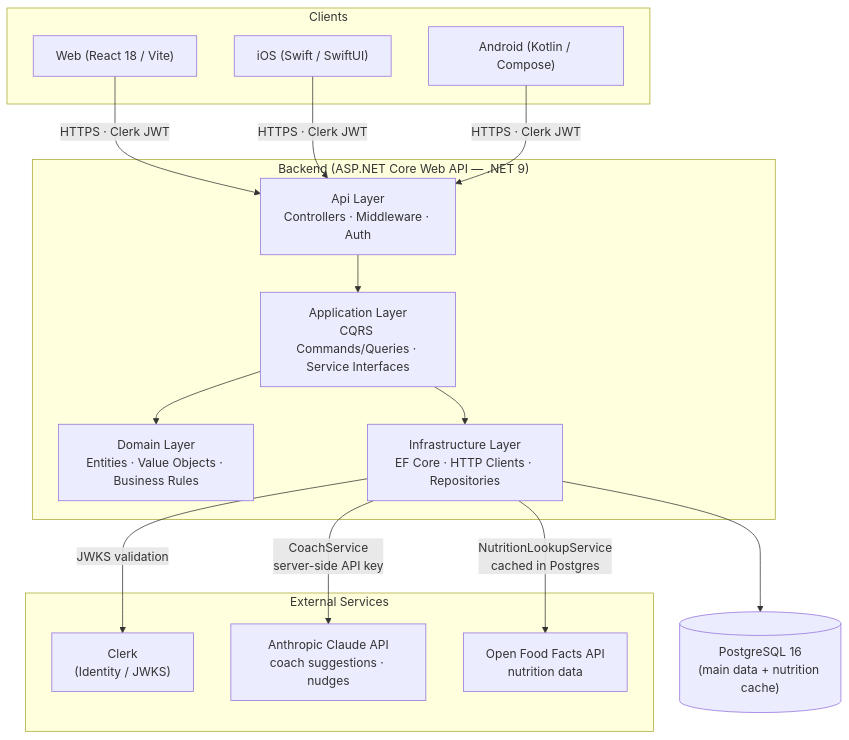
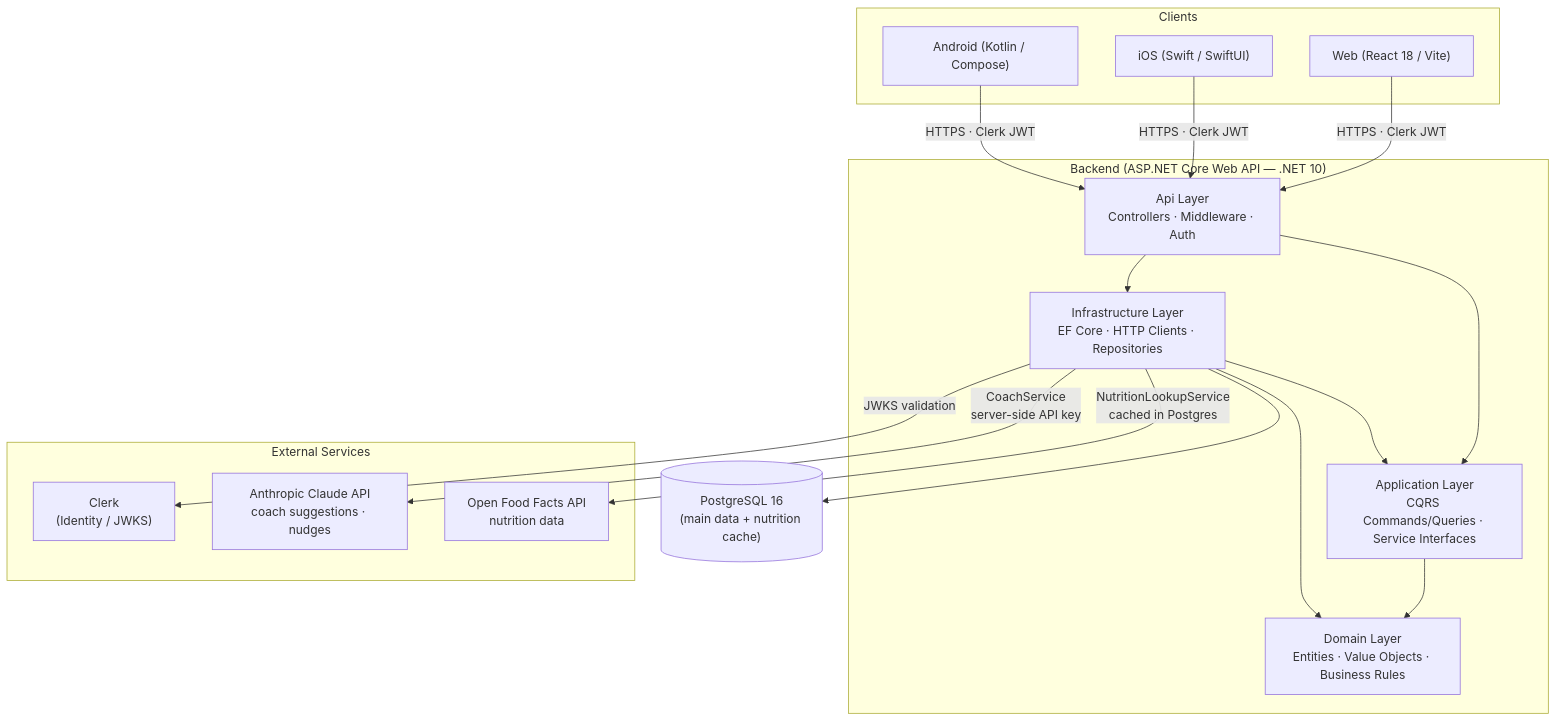
The diagram in README.md (CJFuentes/maihealthcoach), drawn with Mermaid before and after one commit. The commit also changed other lines of this file and 20 other files, not shown here.

First line of the commit message:
feat(backend): scaffold .NET 10 layered solution (#2) (#52)

````diff
--- a/README.md
+++ b/README.md
@@ -85,35 +85,37 @@
 ```mermaid
 graph TD
     subgraph Clients
         Web["Web (React 18 / Vite)"]
         iOS["iOS (Swift / SwiftUI)"]
         Android["Android (Kotlin / Compose)"]
     end
 
-    subgraph Backend ["Backend (ASP.NET Core Web API — .NET 9)"]
+    subgraph Backend ["Backend (ASP.NET Core Web API — .NET 10)"]
         API["Api Layer<br/>Controllers · Middleware · Auth"]
         App["Application Layer<br/>CQRS Commands/Queries · Service Interfaces"]
         Domain["Domain Layer<br/>Entities · Value Objects · Business Rules"]
         Infra["Infrastructure Layer<br/>EF Core · HTTP Clients · Repositories"]
         API --> App
+        API --> Infra
         App --> Domain
-        App --> Infra
+        Infra --> App
+        Infra --> Domain
     end
 
     subgraph ExternalServices ["External Services"]
         Clerk["Clerk<br/>(Identity / JWKS)"]
         Claude["Anthropic Claude API<br/>coach suggestions · nudges"]
         OFF["Open Food Facts API<br/>nutrition data"]
     end
 
     DB[("PostgreSQL 16<br/>(main data + nutrition cache)")]
 
     Web   -->|"HTTPS · Clerk JWT"| API
     iOS   -->|"HTTPS · Clerk JWT"| API
     Android -->|"HTTPS · Clerk JWT"| API
 
     Infra -->|"JWKS validation"| Clerk
     Infra -->|"CoachService<br/>server-side API key"| Claude
     Infra -->|"NutritionLookupService<br/>cached in Postgres"| OFF
     Infra --> DB
 ```
````
